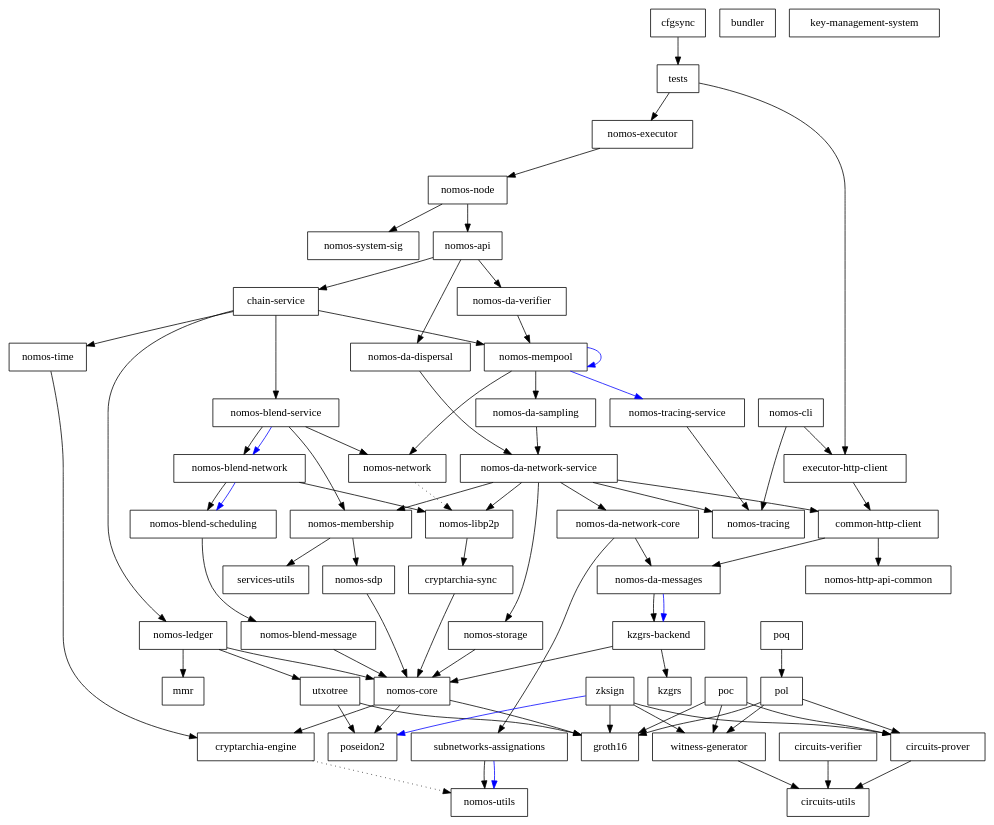
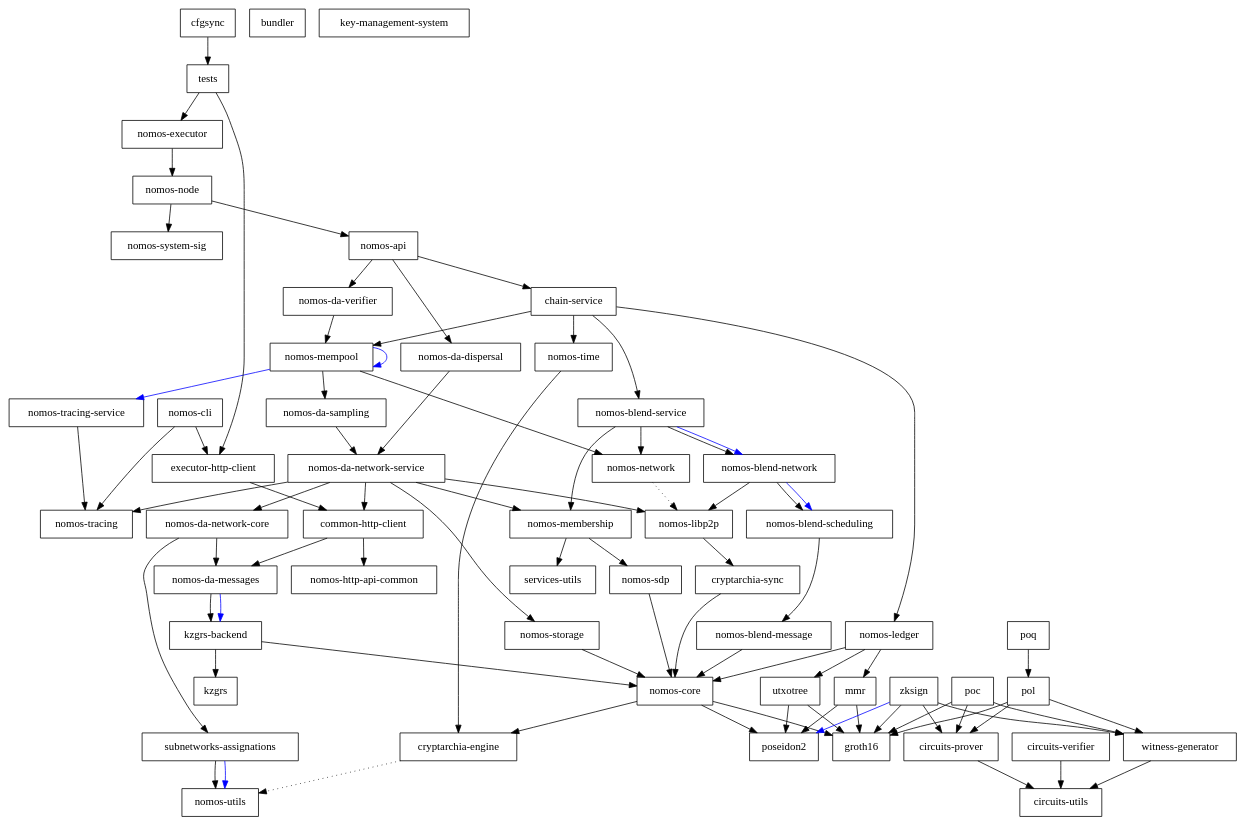
Before and after one commit to logos-co/nomos: the diagram in dependencies_graph.dot, drawn with Graphviz. The commit also changed 5 other files, not shown here.

```diff
--- a/dependencies_graph.dot
+++ b/dependencies_graph.dot
@@ -1,135 +1,137 @@
 digraph {
     0 [ label = "cryptarchia-engine" shape = box]
     1 [ label = "nomos-utils" shape = box]
     2 [ label = "cryptarchia-sync" shape = box]
     3 [ label = "nomos-core" shape = box]
     4 [ label = "groth16" shape = box]
     5 [ label = "poseidon2" shape = box]
     6 [ label = "nomos-ledger" shape = box]
     7 [ label = "mmr" shape = box]
     8 [ label = "utxotree" shape = box]
     9 [ label = "nomos-http-api-common" shape = box]
     10 [ label = "nomos-executor" shape = box]
     11 [ label = "kzgrs-backend" shape = box]
     12 [ label = "kzgrs" shape = box]
     13 [ label = "nomos-api" shape = box]
     14 [ label = "chain-service" shape = box]
     15 [ label = "nomos-blend-service" shape = box]
     16 [ label = "nomos-blend-message" shape = box]
     17 [ label = "nomos-blend-network" shape = box]
     18 [ label = "nomos-blend-scheduling" shape = box]
     19 [ label = "nomos-libp2p" shape = box]
     20 [ label = "nomos-membership" shape = box]
     21 [ label = "nomos-sdp" shape = box]
     22 [ label = "services-utils" shape = box]
     23 [ label = "nomos-network" shape = box]
     24 [ label = "nomos-da-sampling" shape = box]
     25 [ label = "nomos-da-network-core" shape = box]
     26 [ label = "nomos-da-messages" shape = box]
     27 [ label = "subnetworks-assignations" shape = box]
     28 [ label = "nomos-da-network-service" shape = box]
     29 [ label = "common-http-client" shape = box]
     30 [ label = "nomos-storage" shape = box]
     31 [ label = "nomos-tracing" shape = box]
     32 [ label = "nomos-mempool" shape = box]
     33 [ label = "nomos-tracing-service" shape = box]
     34 [ label = "nomos-time" shape = box]
     35 [ label = "nomos-da-dispersal" shape = box]
     36 [ label = "nomos-da-verifier" shape = box]
     37 [ label = "nomos-node" shape = box]
     38 [ label = "nomos-system-sig" shape = box]
     39 [ label = "executor-http-client" shape = box]
     40 [ label = "bundler" shape = box]
     41 [ label = "nomos-cli" shape = box]
     42 [ label = "key-management-system" shape = box]
     43 [ label = "cfgsync" shape = box]
     44 [ label = "tests" shape = box]
     45 [ label = "circuits-prover" shape = box]
     46 [ label = "circuits-utils" shape = box]
     47 [ label = "circuits-verifier" shape = box]
     48 [ label = "witness-generator" shape = box]
     49 [ label = "poc" shape = box]
     50 [ label = "pol" shape = box]
     51 [ label = "poq" shape = box]
     52 [ label = "zksign" shape = box]
     0 -> 1 [ style = dotted]
     2 -> 3 [ ]
     3 -> 0 [ ]
     3 -> 4 [ ]
     3 -> 5 [ ]
     6 -> 7 [ ]
     6 -> 3 [ ]
     6 -> 8 [ ]
+    7 -> 4 [ ]
+    7 -> 5 [ ]
     8 -> 4 [ ]
     8 -> 5 [ ]
     10 -> 37 [ ]
     11 -> 12 [ ]
     11 -> 3 [ ]
     13 -> 14 [ ]
     13 -> 35 [ ]
     13 -> 36 [ ]
     14 -> 15 [ ]
     14 -> 6 [ ]
     14 -> 32 [ ]
     14 -> 34 [ ]
     15 -> 17 [ ]
     15 -> 17 [ color = blue]
     15 -> 20 [ ]
     15 -> 23 [ ]
     16 -> 3 [ ]
     17 -> 18 [ ]
     17 -> 18 [ color = blue]
     17 -> 19 [ ]
     18 -> 16 [ ]
     19 -> 2 [ ]
     20 -> 21 [ ]
     20 -> 22 [ ]
     21 -> 3 [ ]
     23 -> 19 [ style = dotted]
     24 -> 28 [ ]
     25 -> 26 [ ]
     25 -> 27 [ ]
     26 -> 11 [ ]
     26 -> 11 [ color = blue]
     27 -> 1 [ ]
     27 -> 1 [ color = blue]
     28 -> 29 [ ]
     28 -> 25 [ ]
     28 -> 19 [ ]
     28 -> 20 [ ]
     28 -> 30 [ ]
     28 -> 31 [ ]
     29 -> 26 [ ]
     29 -> 9 [ ]
     30 -> 3 [ ]
     32 -> 24 [ ]
     32 -> 32 [ color = blue]
     32 -> 23 [ ]
     32 -> 33 [ color = blue]
     33 -> 31 [ ]
     34 -> 0 [ ]
     35 -> 28 [ ]
     36 -> 32 [ ]
     37 -> 13 [ ]
     37 -> 38 [ ]
     39 -> 29 [ ]
     41 -> 39 [ ]
     41 -> 31 [ ]
     43 -> 44 [ ]
     44 -> 39 [ ]
     44 -> 10 [ ]
     45 -> 46 [ ]
     47 -> 46 [ ]
     48 -> 46 [ ]
     49 -> 45 [ ]
     49 -> 4 [ ]
     49 -> 48 [ ]
     50 -> 45 [ ]
     50 -> 4 [ ]
     50 -> 48 [ ]
     51 -> 50 [ ]
     52 -> 45 [ ]
     52 -> 4 [ ]
     52 -> 5 [ color = blue]
     52 -> 48 [ ]
 }
```
